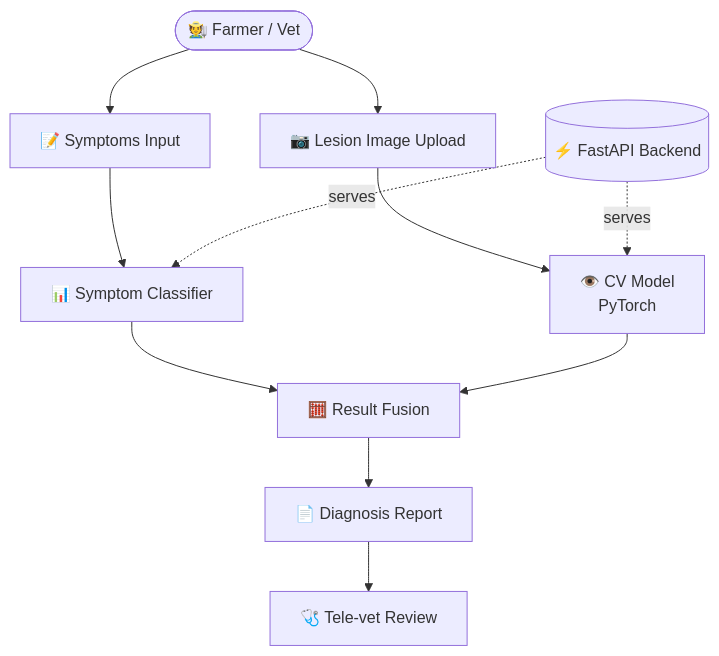
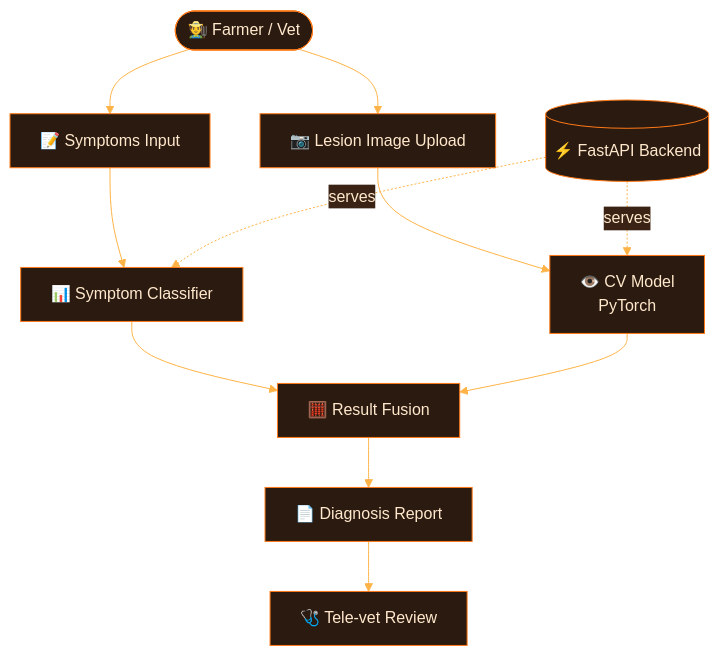
The third of 5 diagrams in README.md (M-Awais-11/M-Awais-11), drawn with Mermaid before and after one commit. The commit also changed other lines of this file, not shown here.

````diff
--- a/README.md
+++ b/README.md
@@ -178,13 +190,14 @@
 ```mermaid
+%%{init: {'theme':'base','themeVariables':{'primaryColor':'#2b1a10','primaryTextColor':'#FFE8CC','primaryBorderColor':'#FF7A18','lineColor':'#FFB347','secondaryColor':'#3a2314','tertiaryColor':'#1a1a1a'}}}%%
 flowchart TB
     U([🧑‍🌾 Farmer / Vet]) --> S[📝 Symptoms Input]
     U --> I[📷 Lesion Image Upload]
     S --> C1[📊 Symptom Classifier]
     I --> C2[👁️ CV Model<br/>PyTorch]
     C1 --> M[🧮 Result Fusion]
     C2 --> M
     M --> R[📄 Diagnosis Report]
     R --> T[🩺 Tele-vet Review]
     API[(⚡ FastAPI Backend)] -.serves.-> C1
     API -.serves.-> C2
 ```
````
